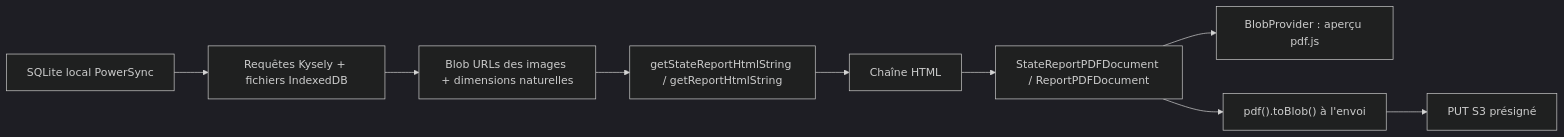
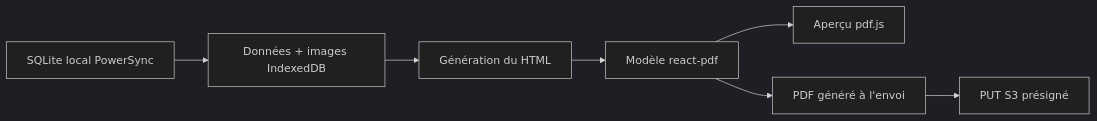
One commit to betagouv/patrinotes changed the second of 4 diagrams in docs/09-documents-pdf-cartes-emails.md. Above: the diagram before and after it, drawn with Mermaid (dark theme). The commit also changed other lines of this file and 19 other files, not shown here.

````diff
--- a/docs/09-documents-pdf-cartes-emails.md
+++ b/docs/09-documents-pdf-cartes-emails.md
@@ -103,11 +66,9 @@
 ```mermaid
 flowchart LR
-    A["SQLite local PowerSync"] --> B["Requêtes Kysely + fichiers IndexedDB"]
-    B --> C["Blob URLs des images + dimensions naturelles"]
-    C --> D["getStateReportHtmlString / getReportHtmlString"]
-    D --> E["Chaîne HTML"]
-    E --> F["StateReportPDFDocument / ReportPDFDocument"]
-    F --> G["BlobProvider : aperçu pdf.js"]
-    F --> H["pdf().toBlob() à l'envoi"]
+    A["SQLite local PowerSync"] --> B["Données + images IndexedDB"]
+    B --> D["Génération du HTML"]
+    D --> F["Modèle react-pdf"]
+    F --> G["Aperçu pdf.js"]
+    F --> H["PDF généré à l'envoi"]
     H --> I["PUT S3 présigné"]
 ```
````
